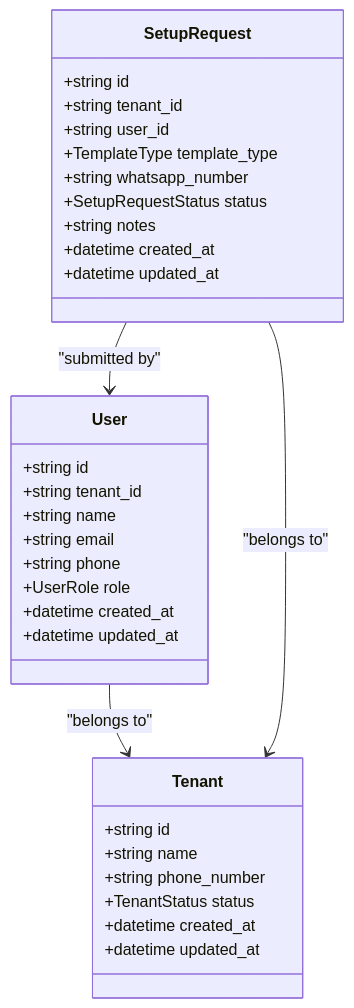
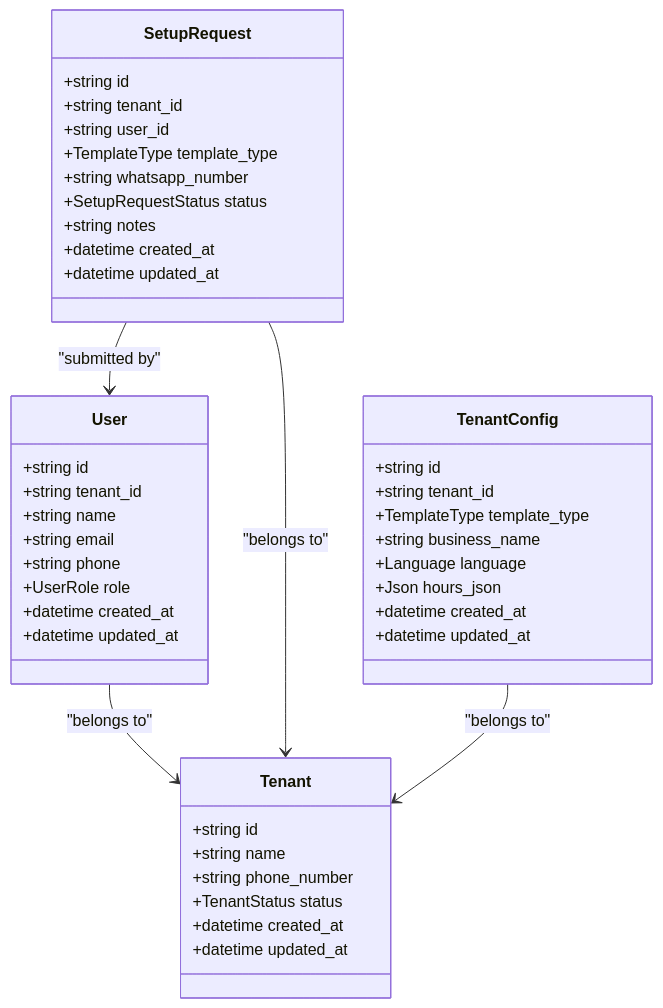
Before and after one commit to askchiwa-spec/FLOW-HQ-BOT: the third of 8 diagrams in .qoder/repowiki/en/content/Database Design/Core Entities/User and SetupRequest Entities.md, drawn with Mermaid. The commit also changed other lines of this file and 69 other files, not shown here.

````diff
--- a/.qoder/repowiki/en/content/Database Design/Core Entities/User and SetupRequest Entities.md
+++ b/.qoder/repowiki/en/content/Database Design/Core Entities/User and SetupRequest Entities.md
@@ -163,35 +191,46 @@
 ```mermaid
 classDiagram
 class User {
 +string id
 +string tenant_id
 +string name
 +string email
 +string phone
 +UserRole role
 +datetime created_at
 +datetime updated_at
 }
 class Tenant {
 +string id
 +string name
 +string phone_number
 +TenantStatus status
 +datetime created_at
 +datetime updated_at
 }
 class SetupRequest {
 +string id
 +string tenant_id
 +string user_id
 +TemplateType template_type
 +string whatsapp_number
 +SetupRequestStatus status
 +string notes
 +datetime created_at
 +datetime updated_at
 }
+class TenantConfig {
++string id
++string tenant_id
++TemplateType template_type
++string business_name
++Language language
++Json hours_json
++datetime created_at
++datetime updated_at
+}
 User --> Tenant : "belongs to"
 SetupRequest --> Tenant : "belongs to"
 SetupRequest --> User : "submitted by"
+TenantConfig --> Tenant : "belongs to"
 ```
````
